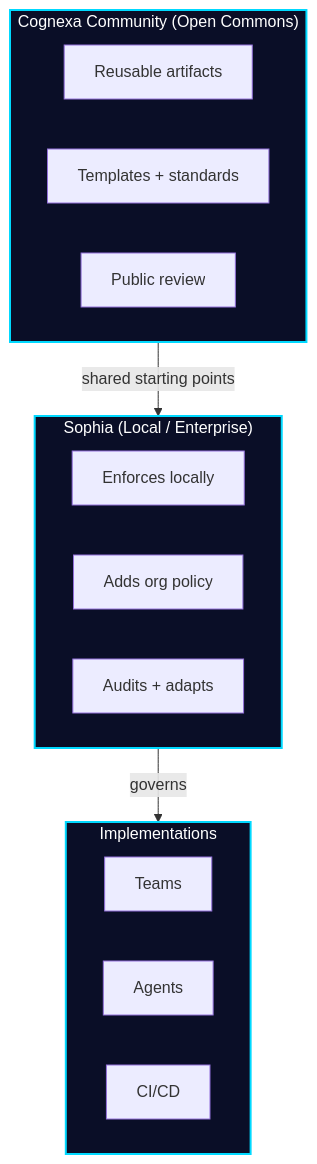
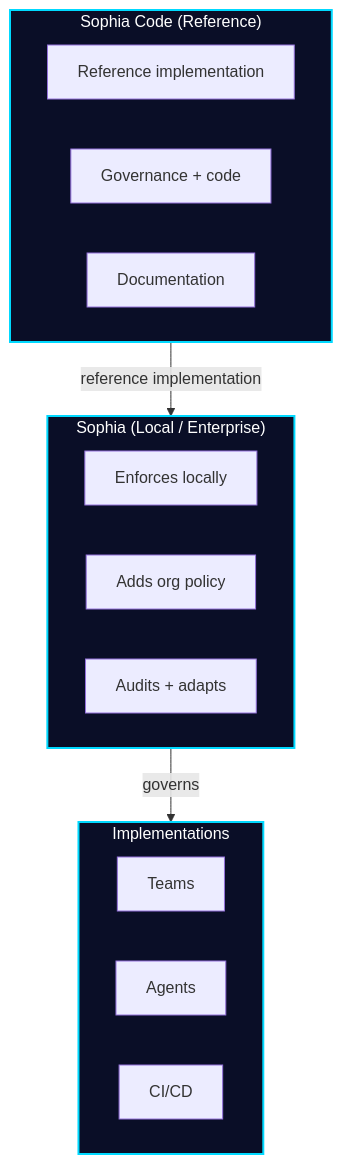
The fourth of 4 diagrams in README.md (thalamuslabz/sophia-code), drawn with Mermaid before and after one commit. The commit also changed other lines of this file and 4 other files, not shown here.

````diff
--- a/README.md
+++ b/README.md
@@ -234,27 +307,27 @@
 ```mermaid
 graph TB
-    subgraph COMMUNITY ["Cognexa Community (Open Commons)"]
-        CC1[Reusable artifacts]
-        CC2[Templates + standards]
-        CC3[Public review]
+    subgraph CODE ["Sophia Code (Reference)"]
+        CC1[Reference implementation]
+        CC2[Governance + code]
+        CC3[Documentation]
     end
     
     subgraph LOCAL ["Sophia (Local / Enterprise)"]
         L1[Enforces locally]
         L2[Adds org policy]
         L3[Audits + adapts]
     end
     
     subgraph IMPL ["Implementations"]
         I1[Teams]
         I2[Agents]
         I3[CI/CD]
     end
     
-    COMMUNITY -->|shared starting points| LOCAL
+    CODE -->|reference implementation| LOCAL
     LOCAL -->|governs| IMPL
     
-    style COMMUNITY fill:#0A0E27,stroke:#00D9FF,stroke-width:2px,color:#fff
+    style CODE fill:#0A0E27,stroke:#00D9FF,stroke-width:2px,color:#fff
     style LOCAL fill:#0A0E27,stroke:#00D9FF,stroke-width:2px,color:#fff
     style IMPL fill:#0A0E27,stroke:#00D9FF,stroke-width:2px,color:#fff
 ```
````
